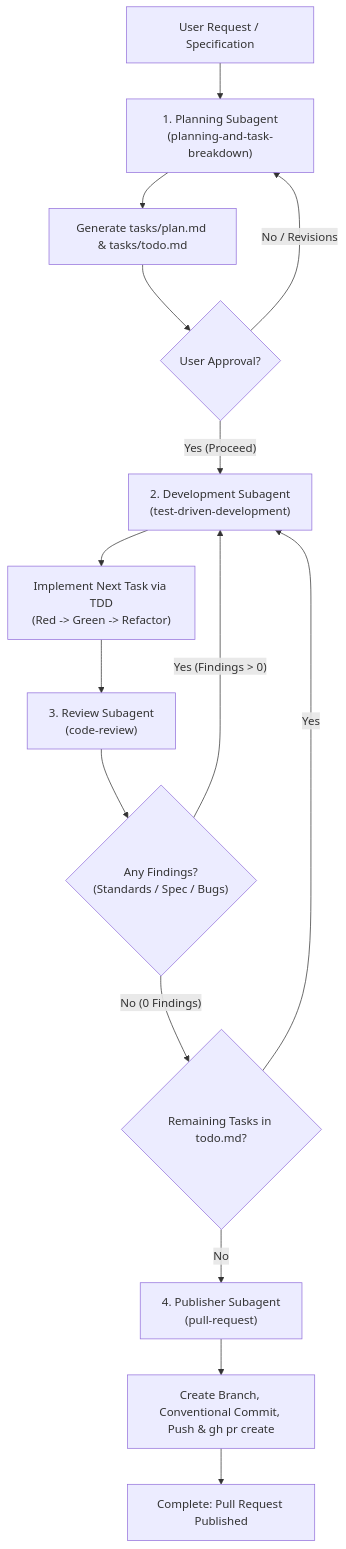
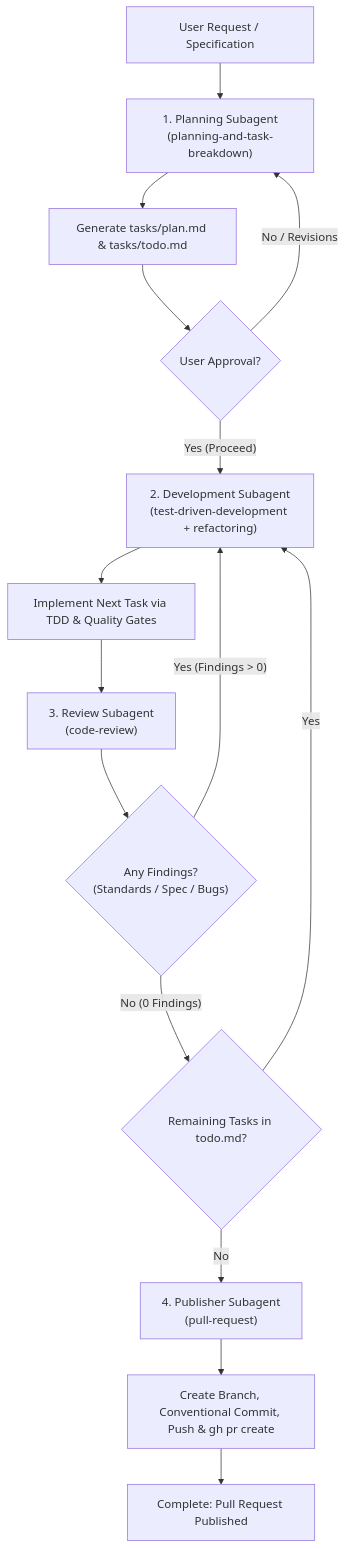
One commit to larchanka/skills changed the diagram in agent-loop/README.md. Above: the diagram before and after it, drawn with Mermaid. The commit also changed other lines of this file and 2 other files, not shown here.

First line of the commit message:
feat(agent-loop): Enforce pure orchestration and explicit subagent skill delegation

````diff
--- a/agent-loop/README.md
+++ b/agent-loop/README.md
@@ -27,17 +30,17 @@
 ```mermaid
 graph TD
     Start["User Request / Specification"] --> Plan["1. Planning Subagent<br/>(planning-and-task-breakdown)"]
     Plan --> SavePlan["Generate tasks/plan.md & tasks/todo.md"]
     SavePlan --> ApprPlan{"User Approval?"}
     ApprPlan -- "No / Revisions" --> Plan
-    ApprPlan -- "Yes (Proceed)" --> Dev["2. Development Subagent<br/>(test-driven-development)"]
-    Dev --> ImpTask["Implement Next Task via TDD<br/>(Red -> Green -> Refactor)"]
+    ApprPlan -- "Yes (Proceed)" --> Dev["2. Development Subagent<br/>(test-driven-development + refactoring)"]
+    Dev --> ImpTask["Implement Next Task via TDD & Quality Gates"]
     ImpTask --> Rev["3. Review Subagent<br/>(code-review)"]
     Rev --> Check{"Any Findings?<br/>(Standards / Spec / Bugs)"}
     Check -- "Yes (Findings > 0)" --> Dev
     Check -- "No (0 Findings)" --> CheckMore{"Remaining Tasks in todo.md?"}
     CheckMore -- "Yes" --> Dev
     CheckMore -- "No" --> Pub["4. Publisher Subagent<br/>(pull-request)"]
     Pub --> OpenPR["Create Branch, Conventional Commit, Push & gh pr create"]
     OpenPR --> Done["Complete: Pull Request Published"]
 ```
````
